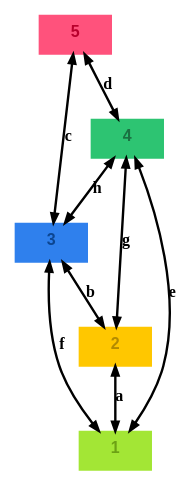
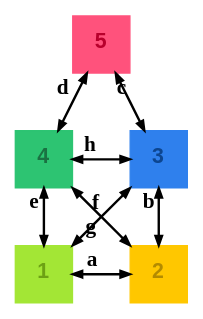
The diagram in renders/house-santa-claus_graph-light.dot (m-bock/purescript-transit), drawn with Graphviz before and after one commit. The commit also changed 12 other files, not shown here.

```diff
--- a/renders/house-santa-claus_graph-light.dot
+++ b/renders/house-santa-claus_graph-light.dot
@@ -1,17 +1,17 @@
 digraph 
 {
-rankdir = "TD";fontname = "Arial";labelloc = "t";fontsize = 12.0;bgcolor = "#ffffff";color = "#000000";fontcolor = "#000000";layout = "dot";rankdir = "TD"
-1 [shape = "box", label = <<b>1</b>>, fontsize = 12.0, style = "filled", fillcolor = "#a3e635", fontcolor = "#6ca114", color = "#a3e635", fontname = "Arial", labelloc = "c", penwidth = 1.0, height = 0.4]
-2 [shape = "box", label = <<b>2</b>>, fontsize = 12.0, style = "filled", fillcolor = "#ffc700", fontcolor = "#b38b00", color = "#ffc700", fontname = "Arial", labelloc = "c", penwidth = 1.0, height = 0.4]
-2 -> 1 [color = "#000000", fontcolor = "#000000", fontsize = 12.0, label = <<b>a</b>>, arrowsize = "0.7", penwidth = 1.8, dir = "both"]
-3 [shape = "box", label = <<b>3</b>>, fontsize = 12.0, style = "filled", fillcolor = "#2f80ed", fontcolor = "#0c4590", color = "#2f80ed", fontname = "Arial", labelloc = "c", penwidth = 1.0, height = 0.4]
-3 -> 2 [color = "#000000", fontcolor = "#000000", fontsize = 12.0, label = <<b>b</b>>, arrowsize = "0.7", penwidth = 1.8, dir = "both"]
-3 -> 1 [color = "#000000", fontcolor = "#000000", fontsize = 12.0, label = <<b>f</b>>, arrowsize = "0.7", penwidth = 1.8, dir = "both"]
-5 [shape = "box", label = <<b>5</b>>, fontsize = 12.0, style = "filled", fillcolor = "#ff527c", fontcolor = "#b8002c", color = "#ff527c", fontname = "Arial", labelloc = "c", penwidth = 1.0, height = 0.4]
-5 -> 3 [color = "#000000", fontcolor = "#000000", fontsize = 12.0, label = <<b>c</b>>, arrowsize = "0.7", penwidth = 1.8, dir = "both"]
-5 -> 4 [color = "#000000", fontcolor = "#000000", fontsize = 12.0, label = <<b>d</b>>, arrowsize = "0.7", penwidth = 1.8, dir = "both"]
-4 [shape = "box", label = <<b>4</b>>, fontsize = 12.0, style = "filled", fillcolor = "#2dc472", fontcolor = "#1a7142", color = "#2dc472", fontname = "Arial", labelloc = "c", penwidth = 1.0, height = 0.4]
-4 -> 1 [color = "#000000", fontcolor = "#000000", fontsize = 12.0, label = <<b>e</b>>, arrowsize = "0.7", penwidth = 1.8, dir = "both"]
-4 -> 2 [color = "#000000", fontcolor = "#000000", fontsize = 12.0, label = <<b>g</b>>, arrowsize = "0.7", penwidth = 1.8, dir = "both"]
-4 -> 3 [color = "#000000", fontcolor = "#000000", fontsize = 12.0, label = <<b>h</b>>, arrowsize = "0.7", penwidth = 1.8, dir = "both"]
+rankdir = "TD";fontname = "Arial";labelloc = "t";fontsize = 16.0;bgcolor = "#ffffff";color = "#000000";fontcolor = "#000000";layout = "neato"
+1 [shape = "box", label = <<b>1</b>>, fontsize = 16.0, style = "filled", fillcolor = "#a3e635", fontcolor = "#6ca114", color = "#a3e635", fontname = "Arial", labelloc = "c", penwidth = 1.0, height = 0.4, pos = "0.0,0.0!", width = 0.6, height = 0.6, fixedsize = true]
+2 [shape = "box", label = <<b>2</b>>, fontsize = 16.0, style = "filled", fillcolor = "#ffc700", fontcolor = "#b38b00", color = "#ffc700", fontname = "Arial", labelloc = "c", penwidth = 1.0, height = 0.4, pos = "1.2,0.0!", width = 0.6, height = 0.6, fixedsize = true]
+2 -> 1 [color = "#000000", fontcolor = "#000000", fontsize = 16.0, label = <<b>a</b>>, arrowsize = "0.7", penwidth = 1.8, dir = "both"]
+3 [shape = "box", label = <<b>3</b>>, fontsize = 16.0, style = "filled", fillcolor = "#2f80ed", fontcolor = "#0c4590", color = "#2f80ed", fontname = "Arial", labelloc = "c", penwidth = 1.0, height = 0.4, pos = "1.2,1.2!", width = 0.6, height = 0.6, fixedsize = true]
+3 -> 2 [color = "#000000", fontcolor = "#000000", fontsize = 16.0, label = <<b>b</b>>, arrowsize = "0.7", penwidth = 1.8, dir = "both"]
+3 -> 1 [color = "#000000", fontcolor = "#000000", fontsize = 16.0, label = <<b>f</b>>, arrowsize = "0.7", penwidth = 1.8, dir = "both"]
+5 [shape = "box", label = <<b>5</b>>, fontsize = 16.0, style = "filled", fillcolor = "#ff527c", fontcolor = "#b8002c", color = "#ff527c", fontname = "Arial", labelloc = "c", penwidth = 1.0, height = 0.4, pos = "0.6,2.4!", width = 0.6, height = 0.6, fixedsize = true]
+5 -> 3 [color = "#000000", fontcolor = "#000000", fontsize = 16.0, label = <<b>c</b>>, arrowsize = "0.7", penwidth = 1.8, dir = "both"]
+5 -> 4 [color = "#000000", fontcolor = "#000000", fontsize = 16.0, label = <<b>d</b>>, arrowsize = "0.7", penwidth = 1.8, dir = "both"]
+4 [shape = "box", label = <<b>4</b>>, fontsize = 16.0, style = "filled", fillcolor = "#2dc472", fontcolor = "#1a7142", color = "#2dc472", fontname = "Arial", labelloc = "c", penwidth = 1.0, height = 0.4, pos = "0.0,1.2!", width = 0.6, height = 0.6, fixedsize = true]
+4 -> 1 [color = "#000000", fontcolor = "#000000", fontsize = 16.0, label = <<b>e</b>>, arrowsize = "0.7", penwidth = 1.8, dir = "both"]
+4 -> 2 [color = "#000000", fontcolor = "#000000", fontsize = 16.0, label = <<b>g</b>>, arrowsize = "0.7", penwidth = 1.8, dir = "both"]
+4 -> 3 [color = "#000000", fontcolor = "#000000", fontsize = 16.0, label = <<b>h</b>>, arrowsize = "0.7", penwidth = 1.8, dir = "both"]
 }
```
